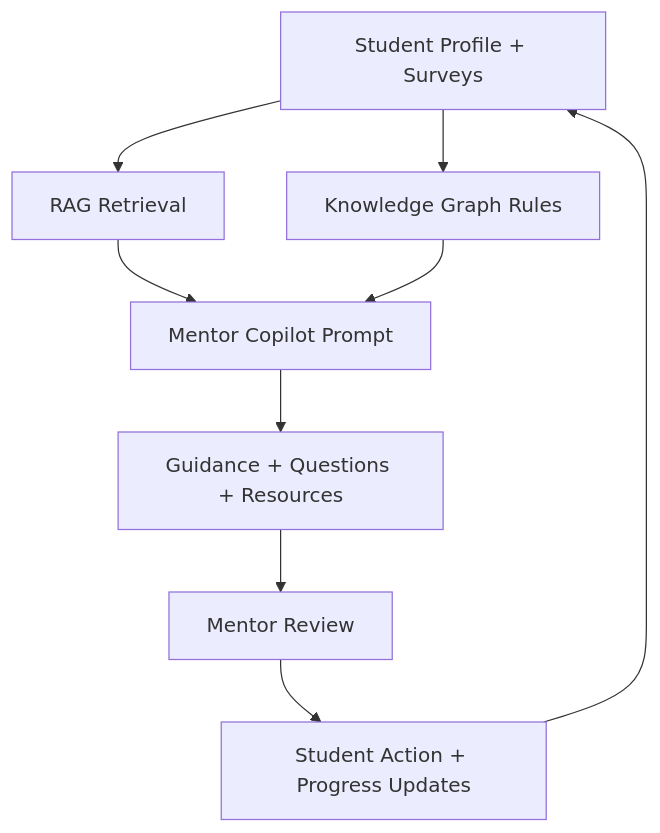
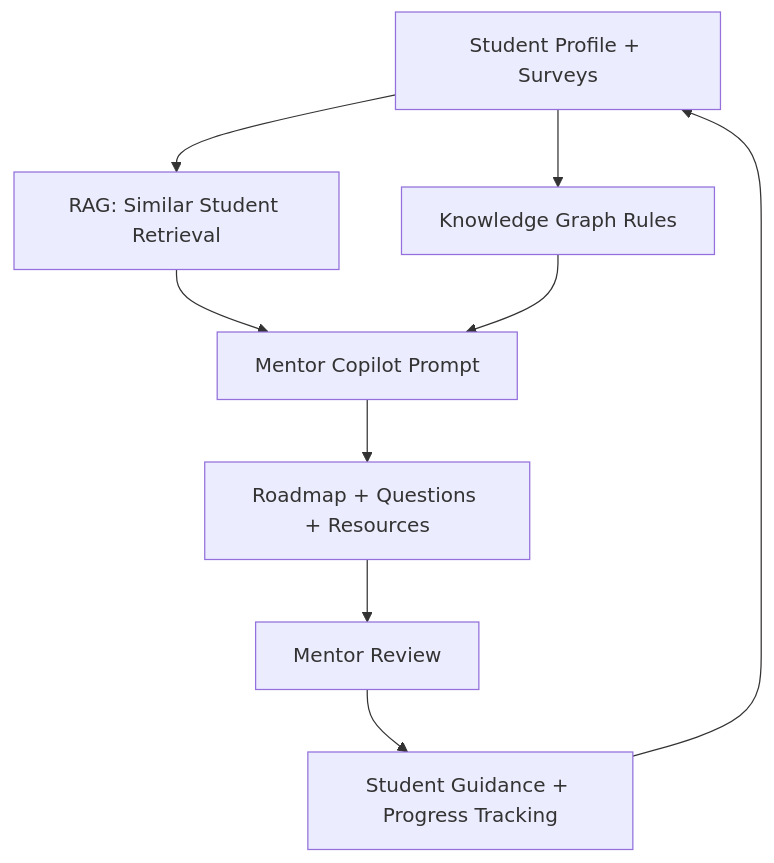
One commit to ananyalayek/graph-rag-mentor-copilot changed the first of 3 diagrams in README.md. Above: the diagram before and after it, drawn with Mermaid. The commit also changed other lines of this file, not shown here.

````diff
--- a/README.md
+++ b/README.md
@@ -56,11 +66,11 @@
-```mermaid
-flowchart TD
-S[Student Profile + Surveys] --> R[RAG Retrieval]
-S --> K[Knowledge Graph Rules]
-R --> P[Mentor Copilot Prompt]
-K --> P
-P --> O[Guidance + Questions + Resources]
-O --> M[Mentor Review]
-M --> G[Student Action + Progress Updates]
-G --> S
-```
+  ```mermaid
+  flowchart TD
+      A[Student Profile + Surveys] --> B[RAG: Similar Student Retrieval]
+      A --> C[Knowledge Graph Rules]
+      B --> D[Mentor Copilot Prompt]
+      C --> D
+      D --> E[Roadmap + Questions + Resources]
+      E --> F[Mentor Review]
+      F --> G[Student Guidance + Progress Tracking]
+      G --> A
+  ```
````
